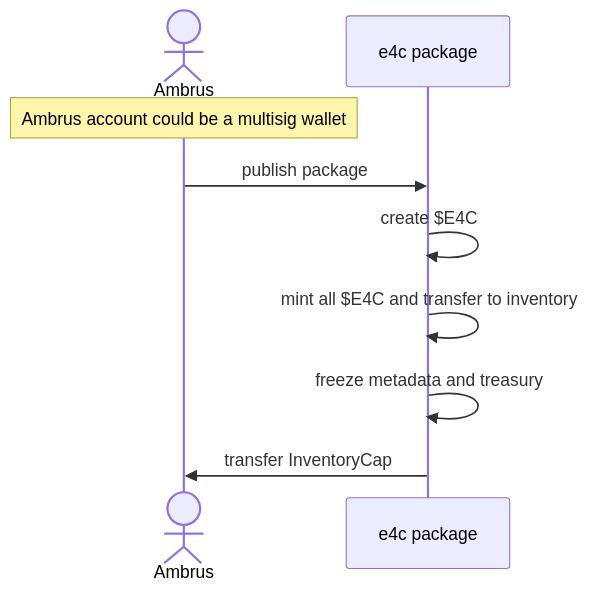
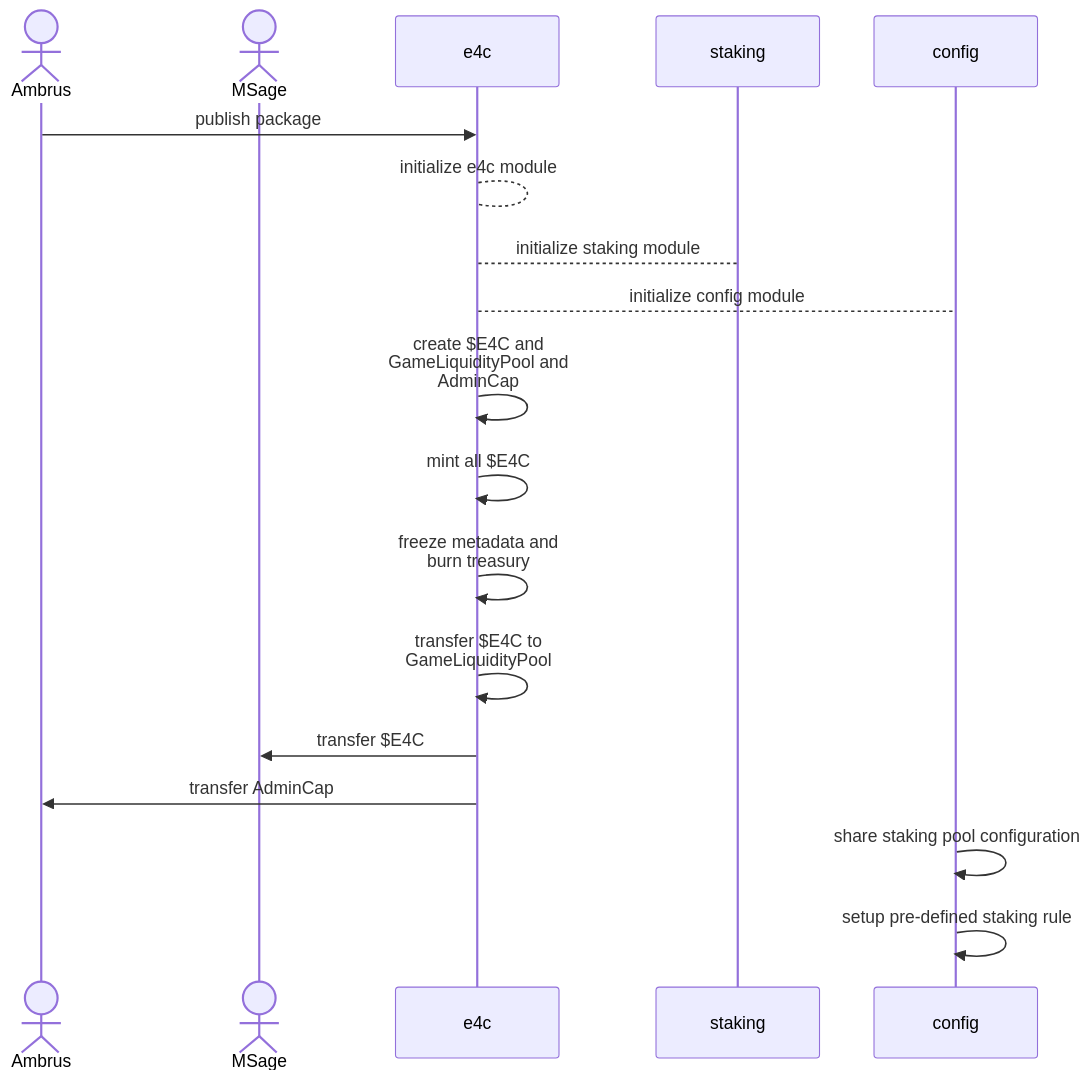
The first of 4 diagrams in README.md (z330789559/e4c), drawn with Mermaid before and after one commit. The commit also changed other lines of this file, not shown here.

Commit message:
docs: update sequence diagrams

````diff
--- a/README.md
+++ b/README.md
@@ -82,11 +19,20 @@
 ```mermaid
 sequenceDiagram
     actor A as Ambrus
-    Note over A: Ambrus account could be a multisig wallet
-    participant e4c as e4c package
+    actor M as MSage
+    participant e4c as e4c
+    participant staking as staking
+    participant config as config
     A ->> e4c: publish package
-    e4c ->> e4c: create $E4C
-    e4c ->> e4c: mint all $E4C and transfer to inventory
-    e4c ->> e4c: freeze metadata and treasury
-    e4c ->> A: transfer InventoryCap
+    e4c --> e4c: initialize e4c module
+    e4c --> staking: initialize staking module
+    e4c --> config: initialize config module
+    e4c ->> e4c: create $E4C and <br />GameLiquidityPool and <br />AdminCap
+    e4c ->> e4c: mint all $E4C
+    e4c ->> e4c: freeze metadata and <br />burn treasury
+    e4c ->> e4c: transfer $E4C to <br />GameLiquidityPool
+    e4c ->> M: transfer $E4C
+    e4c ->> A: transfer AdminCap
+    config ->> config: share staking pool configuration
+    config ->> config: setup pre-defined staking rule
 ```
````
